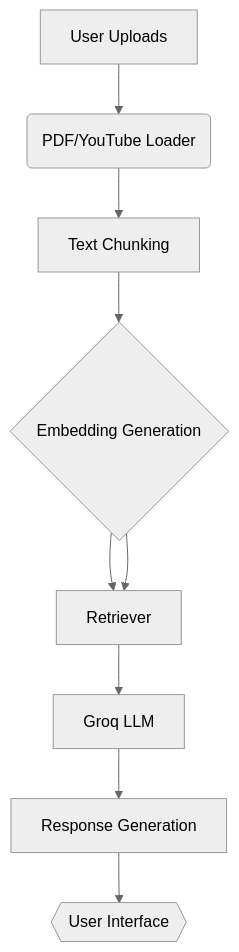
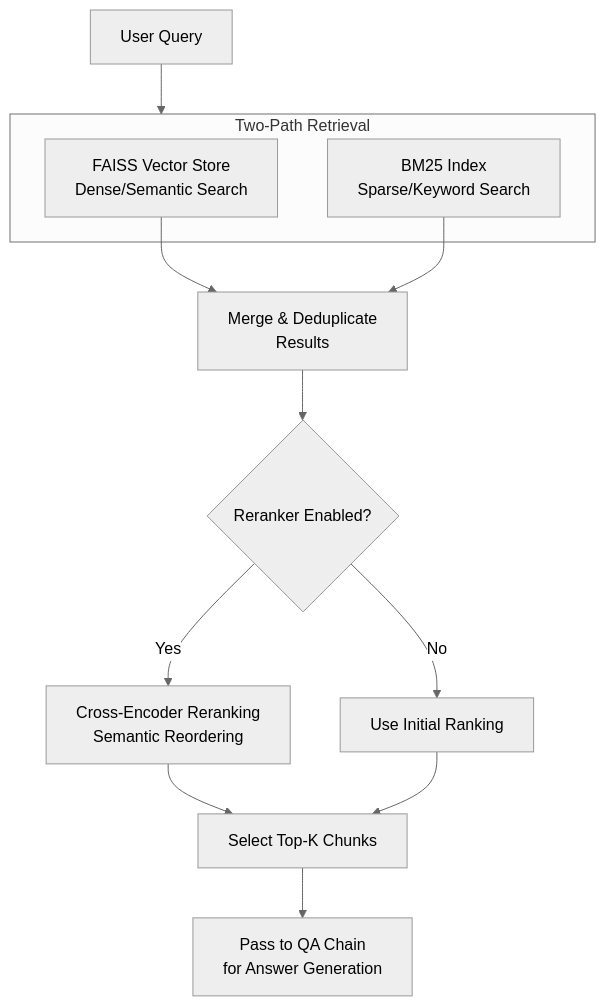
One commit to duduBmoon21/naive-rag-system changed the diagram in README.md. Above: the diagram before and after it, drawn with Mermaid (neutral theme). The commit also changed other lines of this file and 6 other files, not shown here.

````diff
--- a/README.md
+++ b/README.md
@@ -128,11 +137,21 @@
 ```mermaid
-graph TD
-    A[User Uploads] --> B(PDF/YouTube Loader)
-    B --> C[Text Chunking]
-    C --> D{Embedding Generation}
-    D --> E[FAISS Vector Store]
-    D --> E[Retriever]
-    E --> F[Groq LLM]
-    F --> G[Response Generation]
-    G --> H{{User Interface}}
+flowchart TD
+    A[User Query] --> B[Hybrid Retrieval]
+
+    subgraph B [Two-Path Retrieval]
+        C[FAISS Vector Store<br/>Dense/Semantic Search]
+        D[BM25 Index<br/>Sparse/Keyword Search]
+    end
+
+    C --> E[Merge & Deduplicate<br/>Results]
+    D --> E
+
+    E --> F{Reranker Enabled?}
+    F -- Yes --> G[Cross-Encoder Reranking<br/>Semantic Reordering]
+    F -- No --> H[Use Initial Ranking]
+
+    G --> I[Select Top-K Chunks]
+    H --> I
+
+    I --> J[Pass to QA Chain<br/>for Answer Generation]
 ```
````
